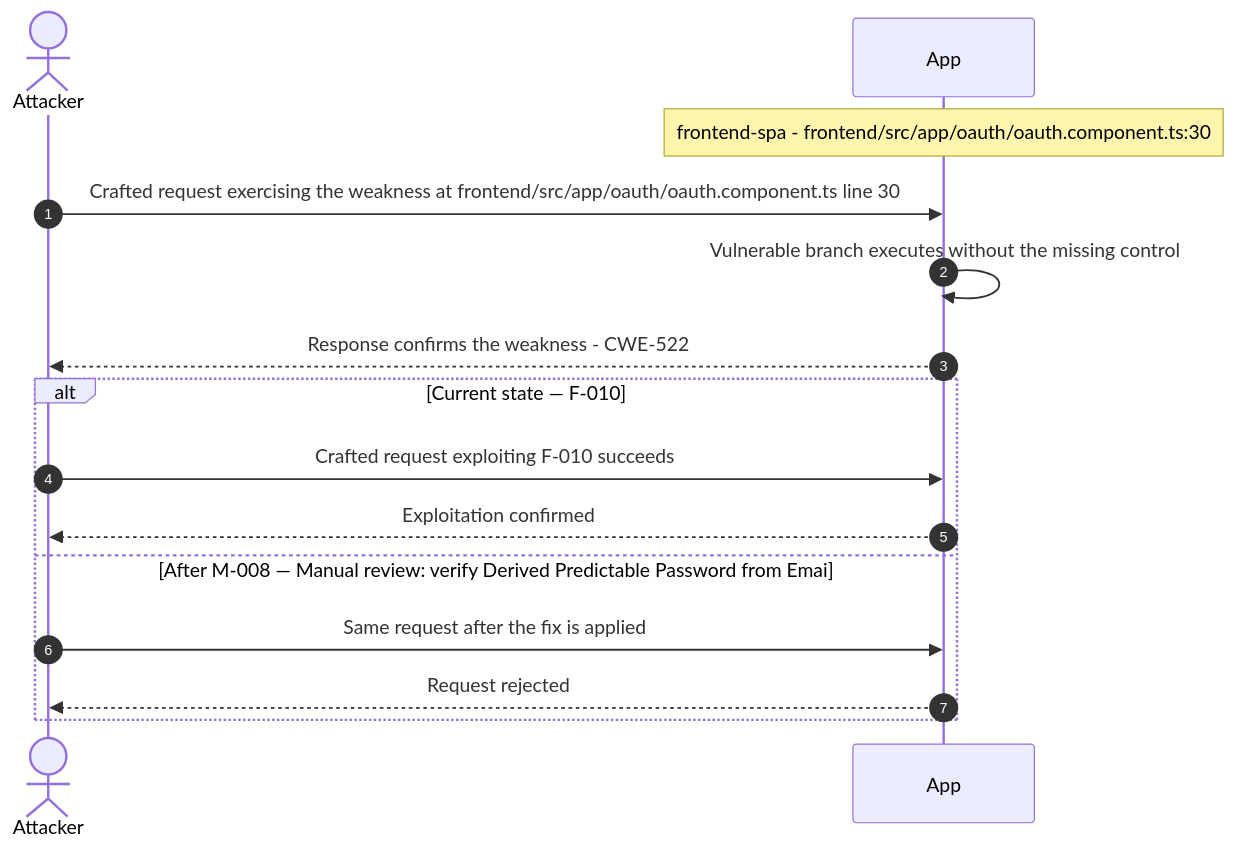
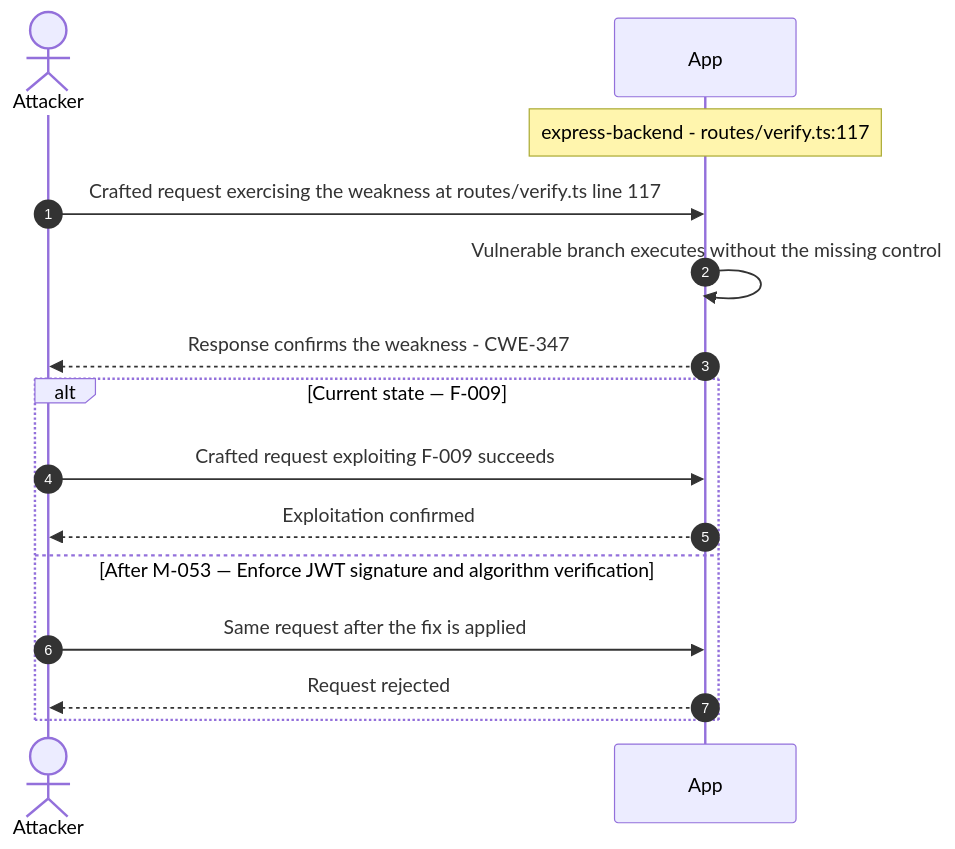
Before and after one commit to appsec-foundry/appsec-advisor: diagram 13 of 28 in examples/threat-modeler/threat-model-juice-shop-standard.md, drawn with Mermaid. The commit also changed other lines of this file and 12 other files, not shown here.

````diff
--- a/examples/threat-modeler/threat-model-juice-shop-standard.md
+++ b/examples/threat-modeler/threat-model-juice-shop-standard.md
@@ -785,17 +739,17 @@
 ```mermaid
 sequenceDiagram
     autonumber
     actor Attacker
     participant App
-    Note over App: frontend-spa - frontend/src/app/oauth/oauth.component.ts:30
-    Attacker->>App: Crafted request exercising the weakness at frontend/src/app/oauth/oauth.component.ts line 30
+    Note over App: express-backend - routes/verify.ts:117
+    Attacker->>App: Crafted request exercising the weakness at routes/verify.ts line 117
     App->>App: Vulnerable branch executes without the missing control
-    App-->>Attacker: Response confirms the weakness - CWE-522
-    alt Current state — F-010
-        Attacker->>App: Crafted request exploiting F-010 succeeds
+    App-->>Attacker: Response confirms the weakness - CWE-347
+    alt Current state — F-009
+        Attacker->>App: Crafted request exploiting F-009 succeeds
         App-->>Attacker: Exploitation confirmed
-    else After M-008 — Manual review: verify Derived Predictable Password from Emai
+    else After M-053 — Enforce JWT signature and algorithm verification
         Attacker->>App: Same request after the fix is applied
         App-->>Attacker: Request rejected
     end
 ```
````
